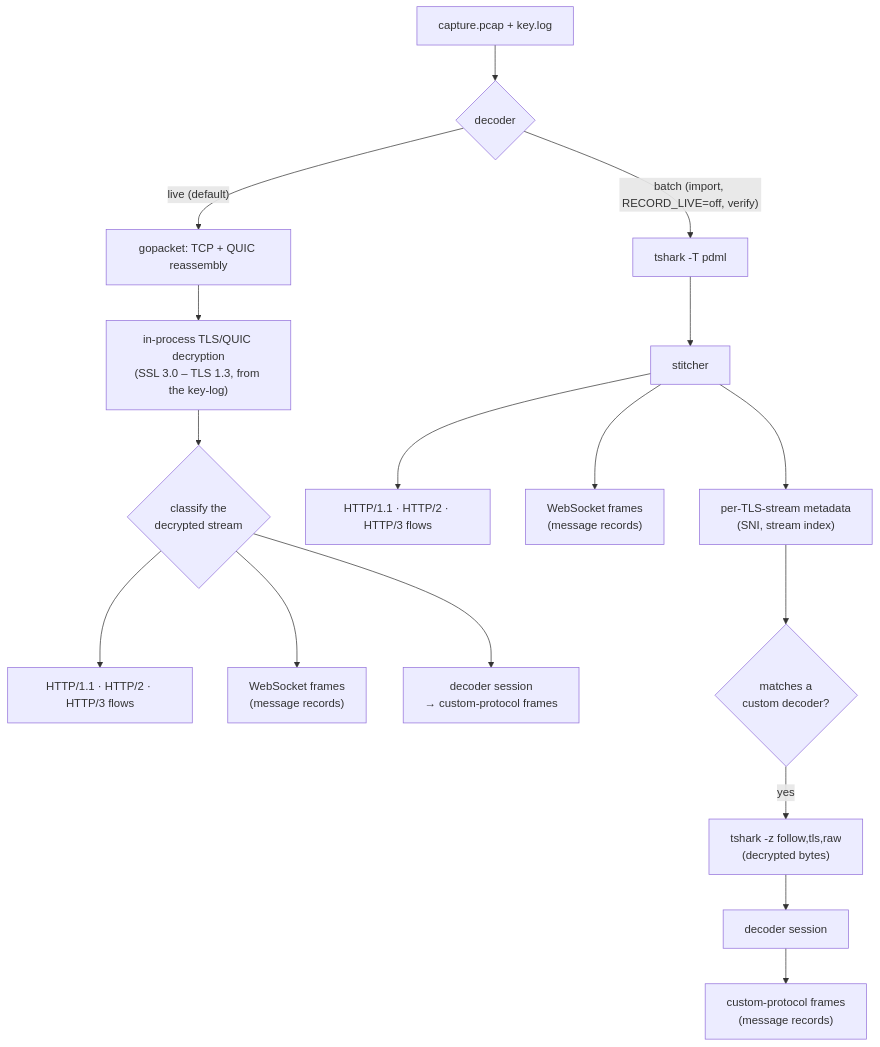
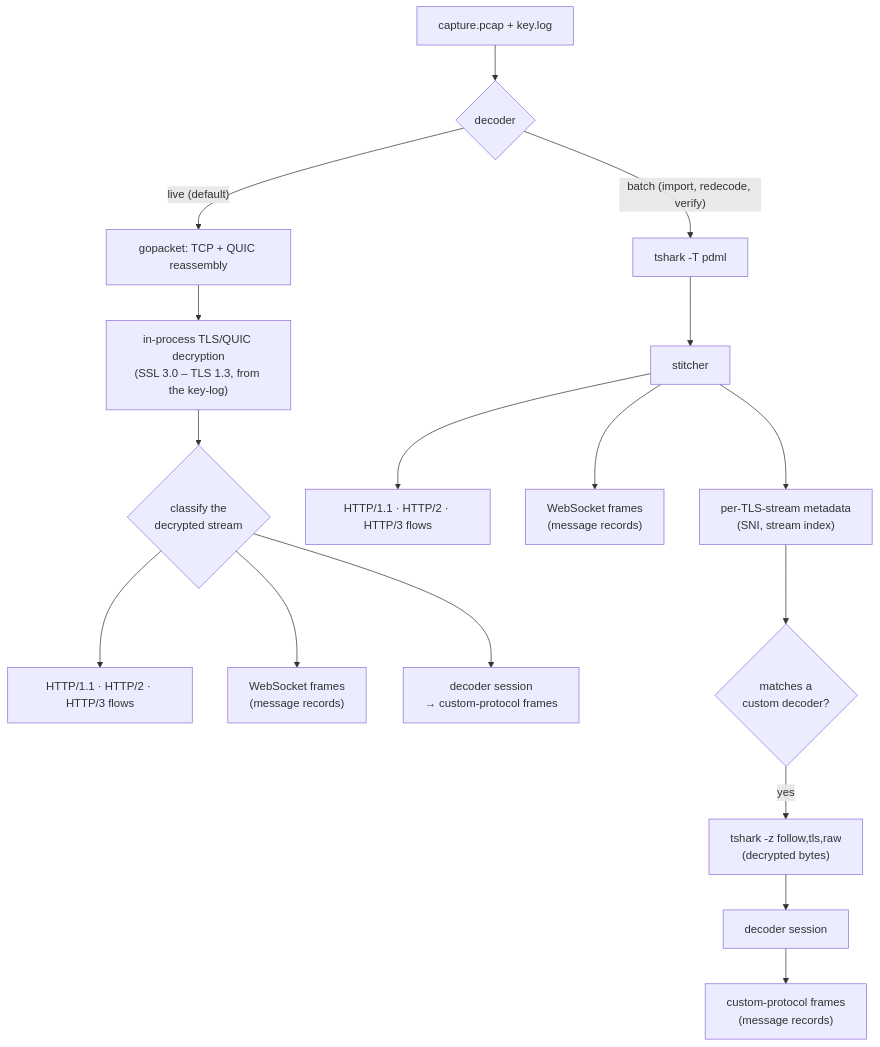
Before and after one commit to nklyshko/traffic-deck: the second of 4 diagrams in docs/architecture.md, drawn with Mermaid. The commit also changed other lines of this file and 58 other files, not shown here.

First line of the commit message:
gateway,mcp,tui,proto: the live decode is the only record, and keeps every body whole

````diff
--- a/docs/architecture.md
+++ b/docs/architecture.md
@@ -72,21 +72,21 @@
 ```mermaid
 flowchart TD
   pcap["capture.pcap + key.log"] --> which{decoder}
 
   which -- "live (default)" --> gopacket["gopacket: TCP + QUIC reassembly"]
   gopacket --> tlsdec["in-process TLS/QUIC decryption\n(SSL 3.0 – TLS 1.3, from the key-log)"]
   tlsdec --> classify{"classify the\ndecrypted stream"}
   classify --> nhttp["HTTP/1.1 · HTTP/2 · HTTP/3 flows"]
   classify --> nws["WebSocket frames\n(message records)"]
   classify --> ndec["decoder session\n→ custom-protocol frames"]
 
-  which -- "batch (import, RECORD_LIVE=off, verify)" --> tshark["tshark -T pdml"]
+  which -- "batch (import, redecode, verify)" --> tshark["tshark -T pdml"]
   tshark --> stitch[stitcher]
   stitch --> http["HTTP/1.1 · HTTP/2 · HTTP/3 flows"]
   stitch --> ws["WebSocket frames\n(message records)"]
   stitch --> meta["per-TLS-stream metadata\n(SNI, stream index)"]
   meta --> match{matches a\ncustom decoder?}
   match -- yes --> follow["tshark -z follow,tls,raw\n(decrypted bytes)"]
   follow --> dec[decoder session]
   dec --> custom["custom-protocol frames\n(message records)"]
 ```
````
